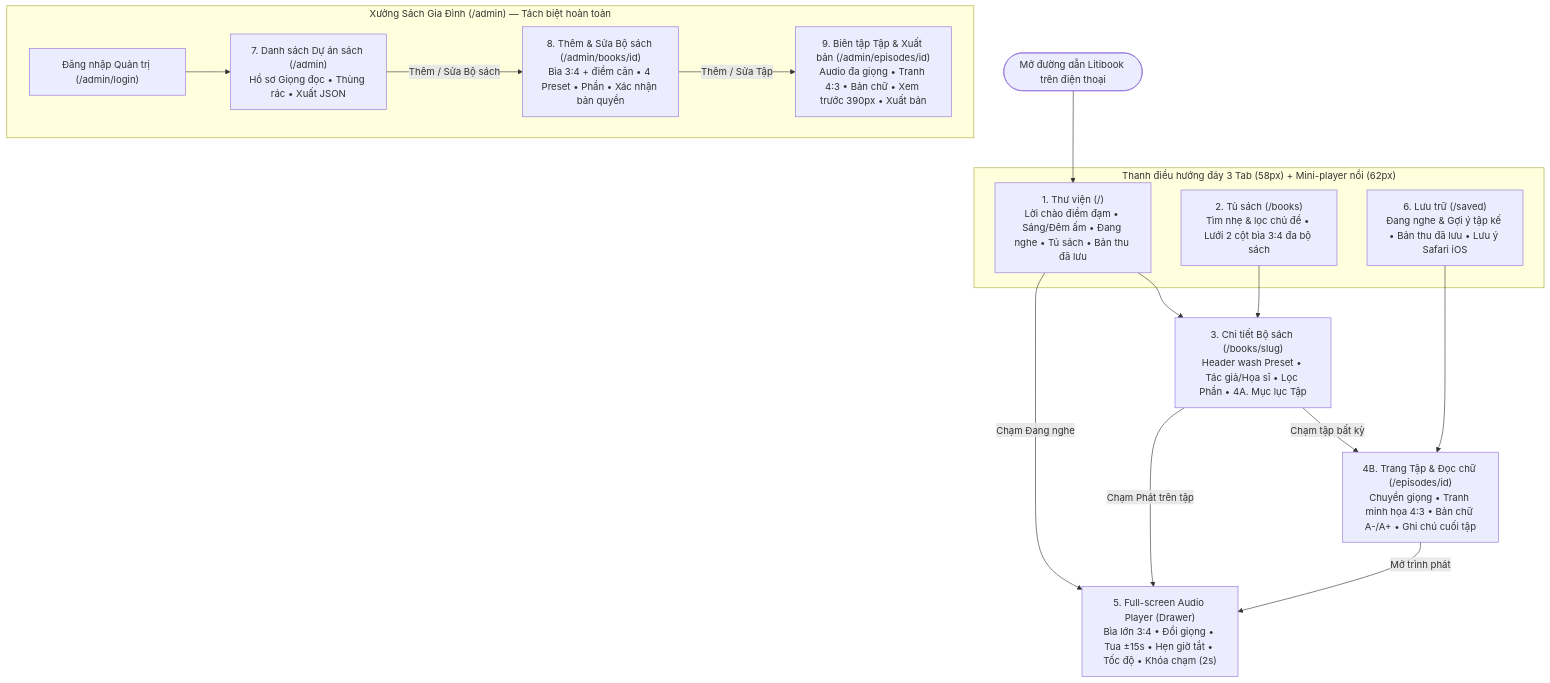
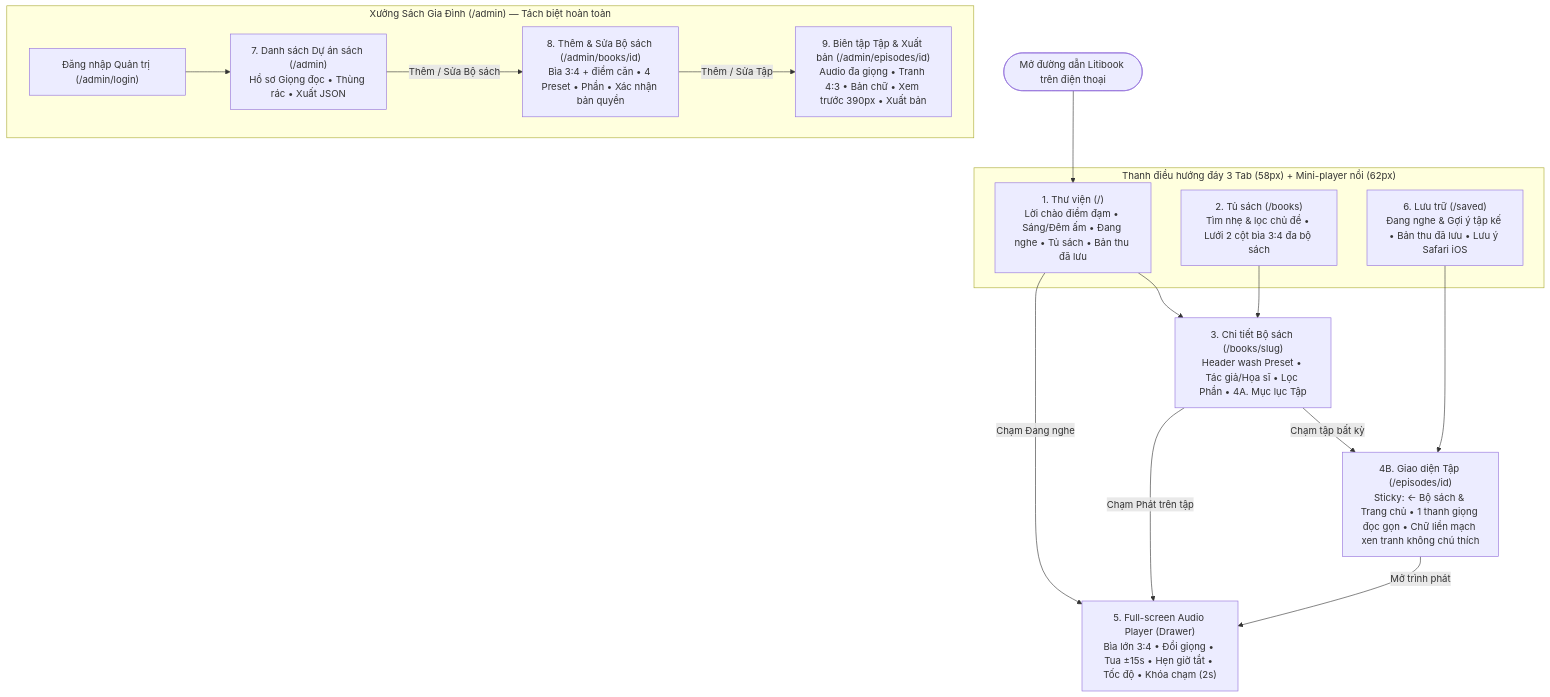
The first of 3 diagrams in UX_FLOWS.md (lethanhuyen-cell/sach-cua-con-player), drawn with Mermaid before and after one commit. The commit also changed other lines of this file and 63 other files, not shown here.

````diff
--- a/UX_FLOWS.md
+++ b/UX_FLOWS.md
@@ -32,26 +32,26 @@
 ```mermaid
 flowchart TD
     START(["Mở đường dẫn Litibook trên điện thoại"]) --> T1
 
     subgraph TAB ["Thanh điều hướng đáy 3 Tab (58px) + Mini-player nổi (62px)"]
         T1["1. Thư viện (/)<br/>Lời chào điềm đạm • Sáng/Đêm ấm • Đang nghe • Tủ sách • Bản thu đã lưu"]
         T2["2. Tủ sách (/books)<br/>Tìm nhẹ & lọc chủ đề • Lưới 2 cột bìa 3:4 đa bộ sách"]
         T3["6. Lưu trữ (/saved)<br/>Đang nghe & Gợi ý tập kế • Bản thu đã lưu • Lưu ý Safari iOS"]
     end
 
     T1 --> S3
     T2 --> S3
     T3 --> S4
     T1 -->|Chạm Đang nghe| S5
 
     S3["3. Chi tiết Bộ sách (/books/slug)<br/>Header wash Preset • Tác giả/Họa sĩ • Lọc Phần • 4A. Mục lục Tập"]
-    S3 -->|Chạm tập bất kỳ| S4["4B. Trang Tập & Đọc chữ (/episodes/id)<br/>Chuyển giọng • Tranh minh họa 4:3 • Bản chữ A-/A+ • Ghi chú cuối tập"]
+    S3 -->|Chạm tập bất kỳ| S4["4B. Giao diện Tập (/episodes/id)<br/>Sticky: ← Bộ sách & Trang chủ • 1 thanh giọng đọc gọn • Chữ liền mạch xen tranh không chú thích"]
     S3 -->|Chạm Phát trên tập| S5
     S4 -->|Mở trình phát| S5["5. Full-screen Audio Player (Drawer)<br/>Bìa lớn 3:4 • Đổi giọng • Tua ±15s • Hẹn giờ tắt • Tốc độ • Khóa chạm (2s)"]
 
     subgraph ADMIN ["Xưởng Sách Gia Đình (/admin) — Tách biệt hoàn toàn"]
         AL["Đăng nhập Quản trị (/admin/login)"] --> A7["7. Danh sách Dự án sách (/admin)<br/>Hồ sơ Giọng đọc • Thùng rác • Xuất JSON"]
         A7 -->|Thêm / Sửa Bộ sách| A8["8. Thêm & Sửa Bộ sách (/admin/books/id)<br/>Bìa 3:4 + điểm căn • 4 Preset • Phần • Xác nhận bản quyền"]
         A8 -->|Thêm / Sửa Tập| A9["9. Biên tập Tập & Xuất bản (/admin/episodes/id)<br/>Audio đa giọng • Tranh 4:3 • Bản chữ • Xem trước 390px • Xuất bản"]
     end
 ```
````
